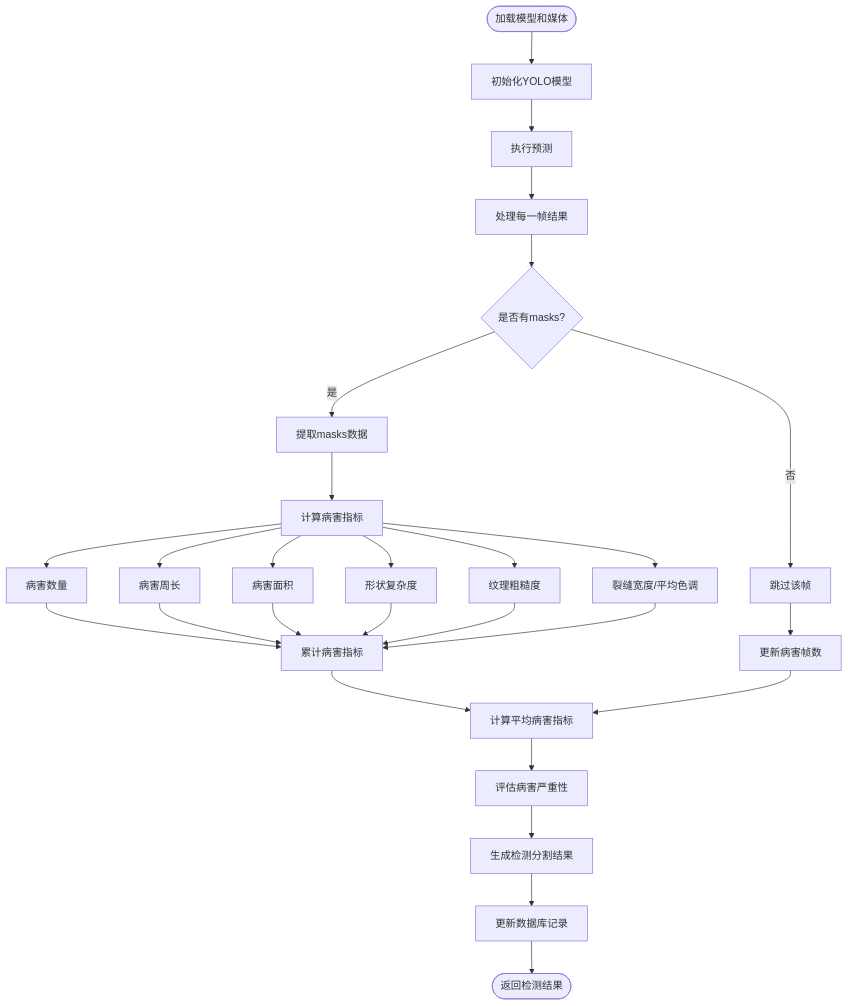
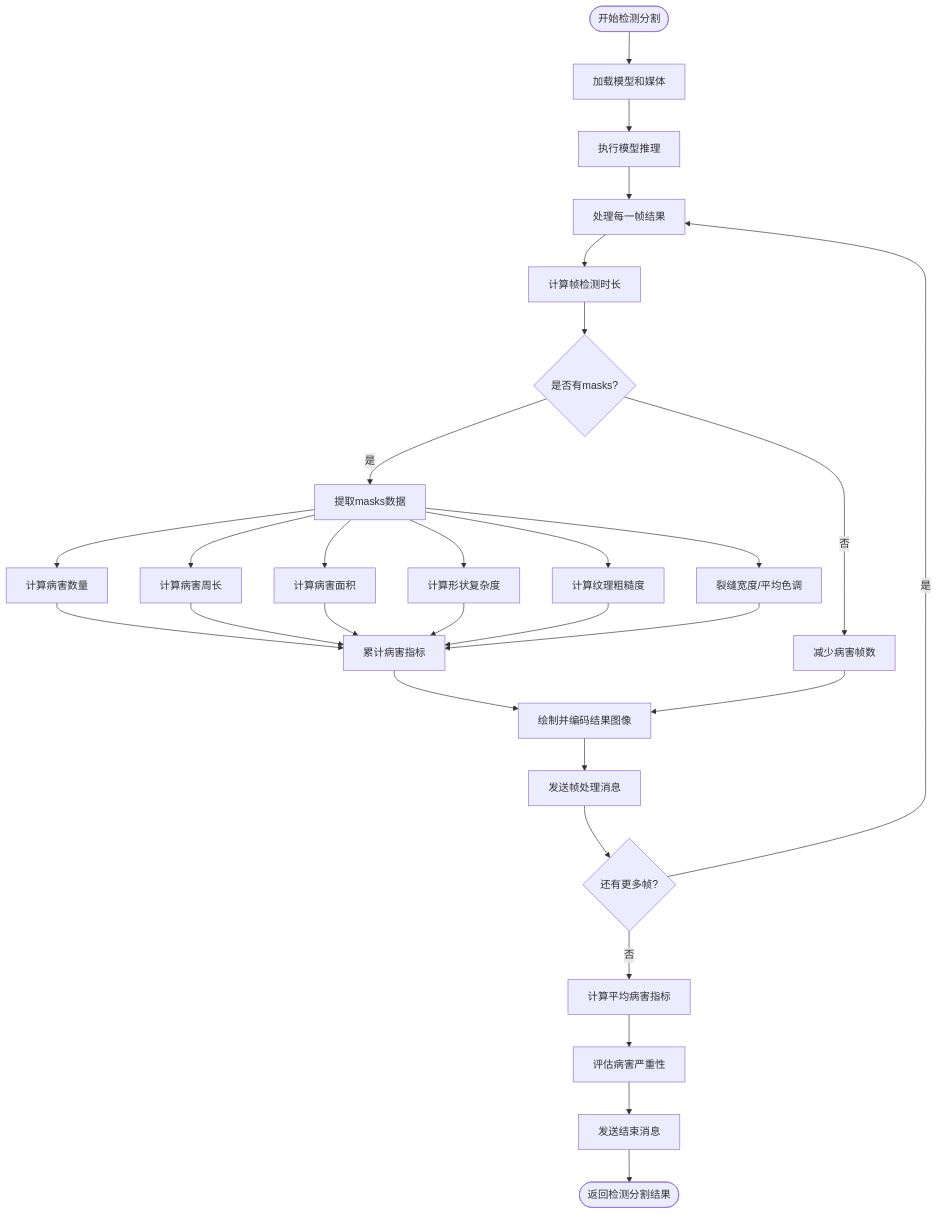
The diagram in docs/detection_algorithm_flowchart.md (YHJYgain/BridgeDiseaseBackend), drawn with Mermaid before and after one commit. The commit also changed other lines of this file and 8 other files, not shown here.

````diff
--- a/docs/detection_algorithm_flowchart.md
+++ b/docs/detection_algorithm_flowchart.md
@@ -5,28 +5,32 @@
 ```mermaid
 flowchart TD
-    A([加载模型和媒体]) --> B[初始化YOLO模型]
-    B --> C[执行预测]
-    C --> D[处理每一帧结果]
+    A([开始检测分割]) --> B[加载模型和媒体]
     
-    D --> E{是否有masks?}
-    E -->|否| F[跳过该帧]
-    E -->|是| G[提取masks数据]
+    B --> I[执行模型推理]
     
-    G --> H[计算病害指标]
-    H --> H1[病害数量]
-    H --> H2[病害周长]
-    H --> H3[病害面积]
-    H --> H4[形状复杂度]
-    H --> H5[纹理粗糙度]
-    H --> H6[裂缝宽度/平均色调]
+    I --> L[处理每一帧结果]
+    L --> M[计算帧检测时长]
+    M --> N{是否有masks?}
     
-    H1 & H2 & H3 & H4 & H5 & H6 --> I[累计病害指标]
-    F --> J[更新病害帧数]
-    I --> K[计算平均病害指标]
-    J --> K
+    N -->|否| O[减少病害帧数]
+    N -->|是| P[提取masks数据]
     
-    K --> L[评估病害严重性]
-    L --> M[生成检测分割结果]
-    M --> N[更新数据库记录]
-    N --> O([返回检测结果])
+    P --> Q1[计算病害数量]
+    P --> Q2[计算病害周长]
+    P --> Q3[计算病害面积]
+    P --> Q4[计算形状复杂度]
+    P --> Q5[计算纹理粗糙度]
+    P --> Q6[裂缝宽度/平均色调]
+    
+    Q1 & Q2 & Q3 & Q4 & Q5 & Q6 --> R[累计病害指标]
+    R --> S[绘制并编码结果图像]
+    O --> S
+    S --> T[发送帧处理消息]
+    T --> U{还有更多帧?}
+    U -->|是| L
+    
+    U -->|否| V[计算平均病害指标]
+    V --> X[评估病害严重性]
+    X --> AB[发送结束消息]
+    AB --> AC([返回检测分割结果])
 ```
````
